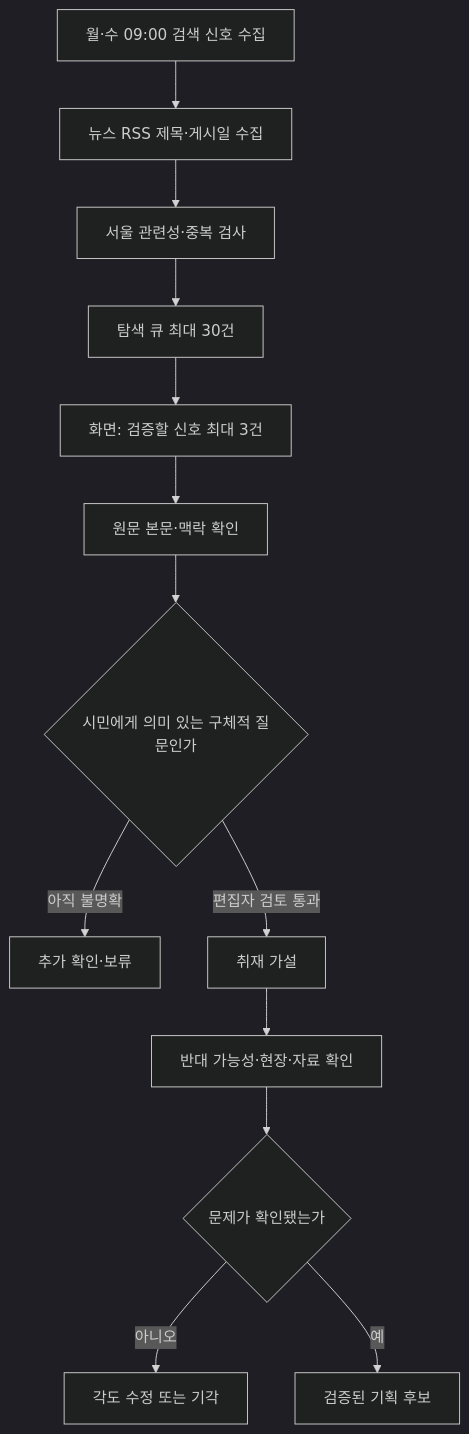
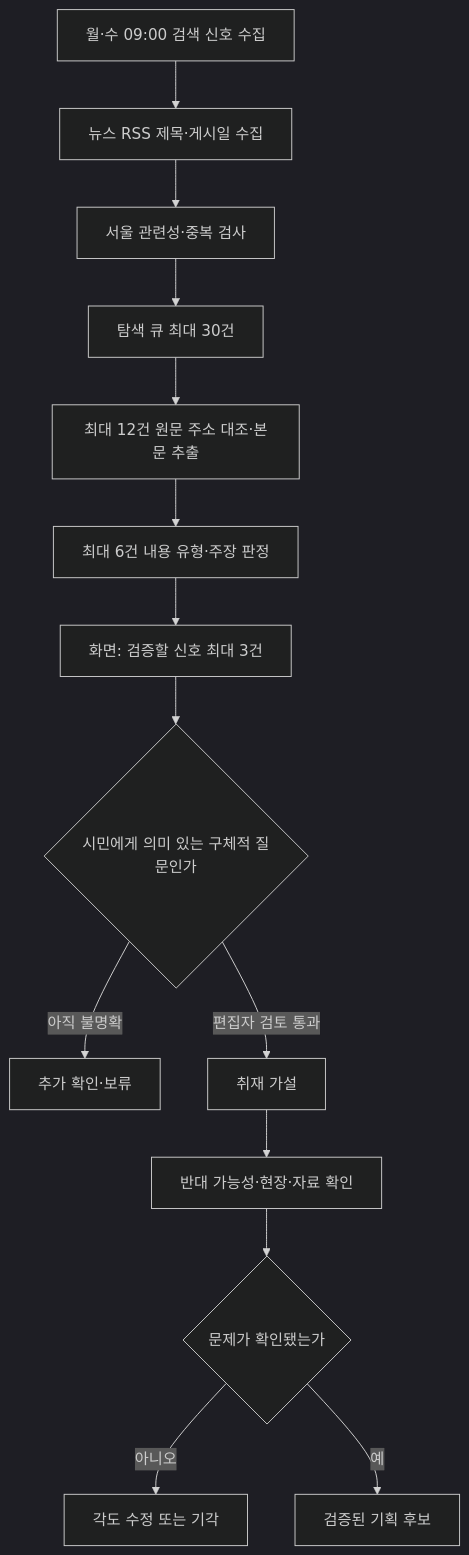
One commit to onetym77-bit/news-item-radar changed the diagram in editorial-v3/SYSTEM_ARCHITECTURE.md. Above: the diagram before and after it, drawn with Mermaid (dark theme). The commit also changed other lines of this file and 8 other files, not shown here.

````diff
--- a/editorial-v3/SYSTEM_ARCHITECTURE.md
+++ b/editorial-v3/SYSTEM_ARCHITECTURE.md
@@ -9,15 +9,16 @@
 ```mermaid
 flowchart TD
     A[월·수 09:00 검색 신호 수집] --> B[뉴스 RSS 제목·게시일 수집]
     B --> C[서울 관련성·중복 검사]
     C --> D[탐색 큐 최대 30건]
-    D --> E[화면: 검증할 신호 최대 3건]
-    E --> F[원문 본문·맥락 확인]
-    F --> G{시민에게 의미 있는 구체적 질문인가}
+    D --> F[최대 12건 원문 주소 대조·본문 추출]
+    F --> Q[최대 6건 내용 유형·주장 판정]
+    Q --> E[화면: 검증할 신호 최대 3건]
+    E --> G{시민에게 의미 있는 구체적 질문인가}
     G -->|아직 불명확| H[추가 확인·보류]
     G -->|편집자 검토 통과| I[취재 가설]
     I --> J[반대 가능성·현장·자료 확인]
     J --> K{문제가 확인됐는가}
     K -->|아니오| L[각도 수정 또는 기각]
     K -->|예| M[검증된 기획 후보]
 ```
````
